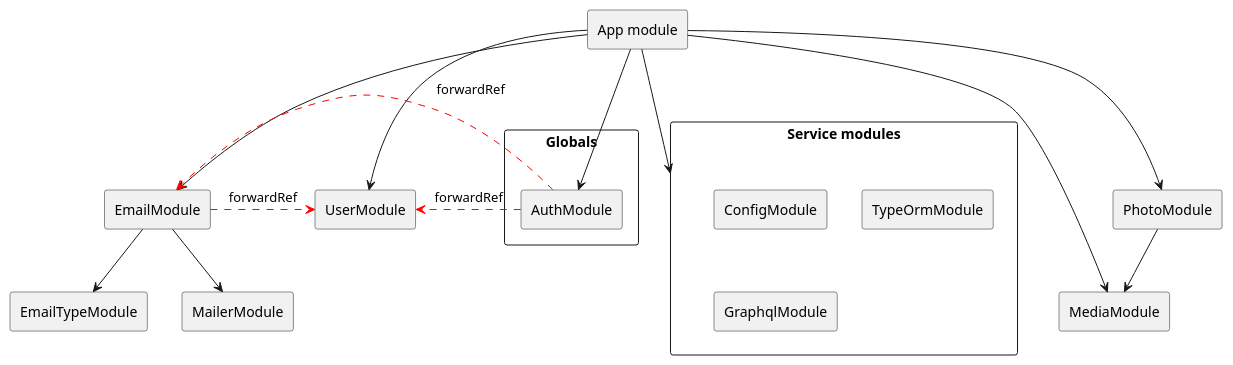
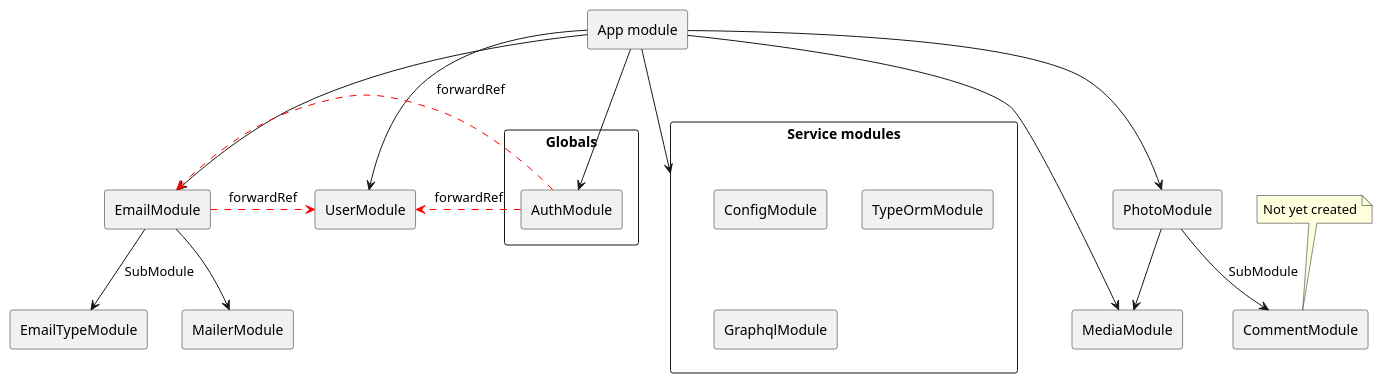
One commit to pivotdude/reacttw changed the diagram in docs/schema.puml. Above: the diagram before and after it, drawn with PlantUML. The commit also changed 37 other files, not shown here.

```diff
--- a/docs/schema.puml
+++ b/docs/schema.puml
@@ -1,32 +1,38 @@
 @startuml
 ' Define components
 rectangle "App module" as AppModule
 rectangle "Service modules" {
     rectangle ConfigModule
     rectangle TypeOrmModule
     rectangle GraphqlModule
 }
 rectangle "Globals" {
     rectangle AuthModule
 }
 rectangle MediaModule
 rectangle PhotoModule
+rectangle CommentModule
 rectangle UserModule
 rectangle EmailModule
 rectangle EmailTypeModule
 rectangle MailerModule
+' Comments
+note top of CommentModule
+    Not yet created
+end note
 ' Define relationships
 AppModule --> MediaModule
 AppModule --> PhotoModule
 AppModule --> UserModule
 AppModule --> EmailModule
 AppModule --> AuthModule
 AppModule --> "Service modules"
 PhotoModule --> MediaModule
-EmailModule --> EmailTypeModule
+PhotoModule --> CommentModule : SubModule
+EmailModule --> EmailTypeModule : SubModule
 EmailModule --> MailerModule
 ' Forward references (red arrows)
 EmailModule .[#red]> UserModule : forwardRef
 AuthModule .[#red]> UserModule : forwardRef
 AuthModule .[#red]> EmailModule : forwardRef
 @enduml
```
